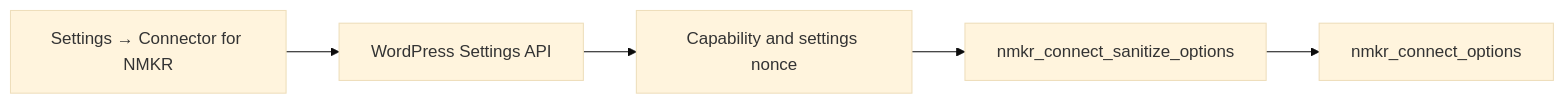
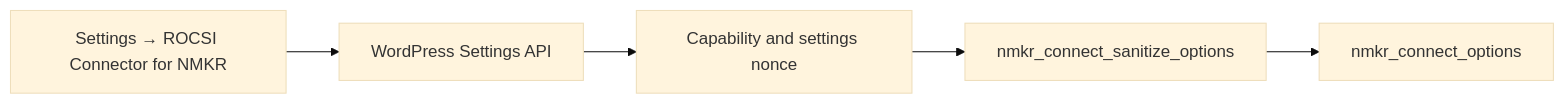
One commit to ROCSI-eu/WordPress-NMKR-Connect changed the first of 4 diagrams in docs/developer-guide.md. Above: the diagram before and after it, drawn with Mermaid (base theme). The commit also changed other lines of this file and 60 other files, not shown here.

First line of the commit message:
M5-03: adopt distinctive WordPress.org plugin identity (#158)

````diff
--- a/docs/developer-guide.md
+++ b/docs/developer-guide.md
@@ -63,7 +63,7 @@
 ```mermaid
 flowchart LR
-    A[Settings → Connector for NMKR] --> B[WordPress Settings API]
+    A[Settings → ROCSI Connector for NMKR] --> B[WordPress Settings API]
     B --> C[Capability and settings nonce]
     C --> D[nmkr_connect_sanitize_options]
     D --> E[nmkr_connect_options]
 ```
````
